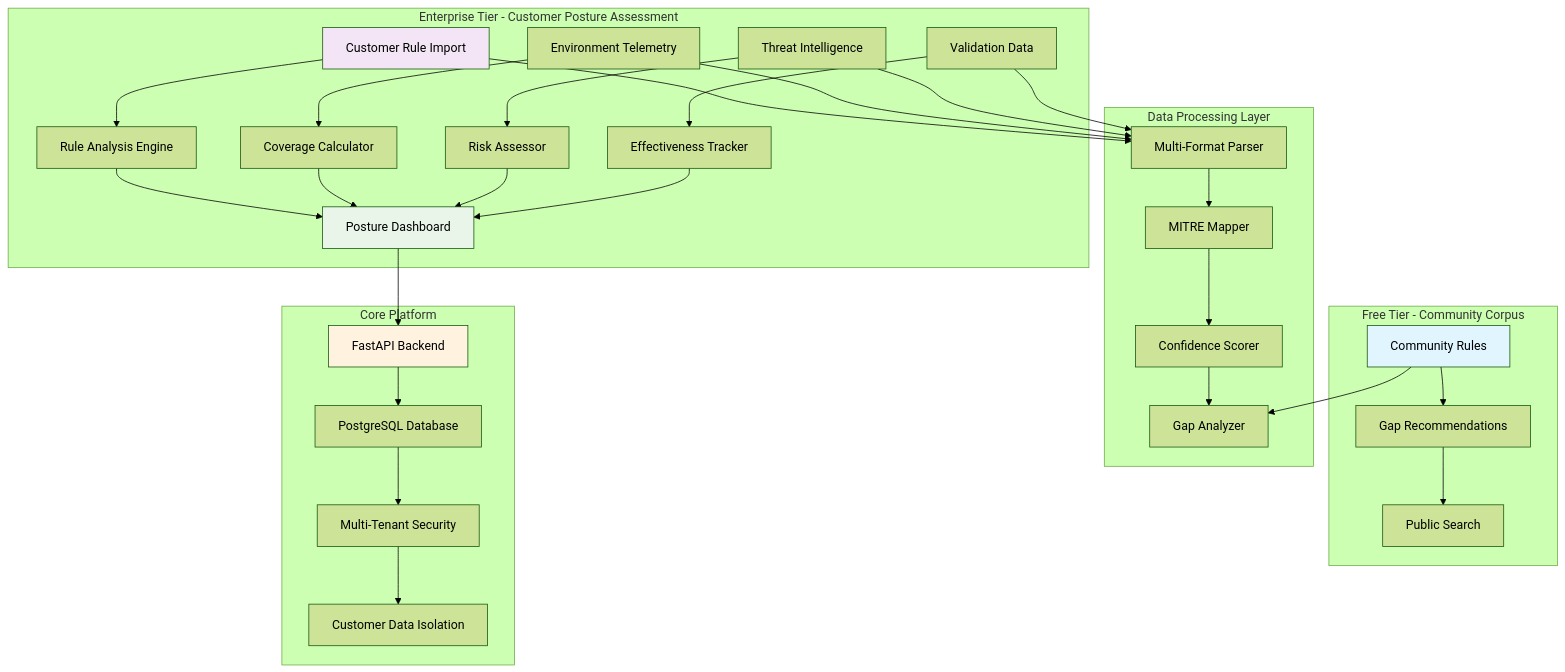
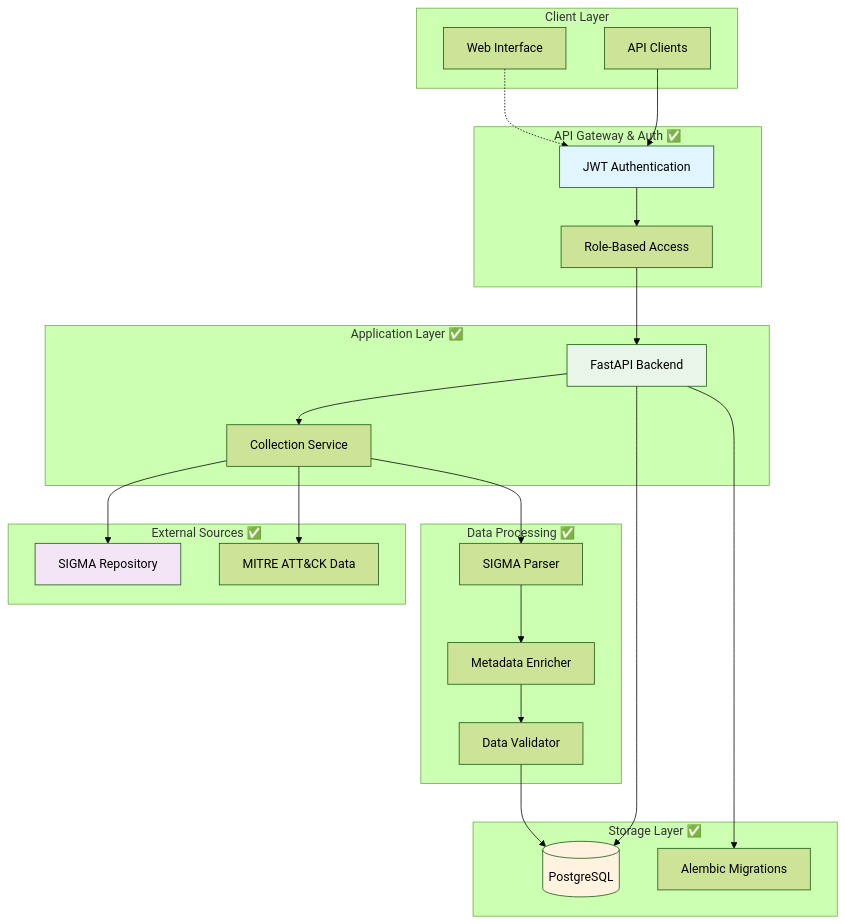
The first of 2 diagrams in README.md (phutelmyer/countermeasure), drawn with Mermaid (forest theme) before and after one commit. The commit also changed other lines of this file and 1 other file, not shown here.

Commit message:
Updating some diagrams

````diff
--- a/README.md
+++ b/README.md
@@ -23,42 +25,55 @@
 ```mermaid
 graph TB
-    subgraph "Free Tier - Community Corpus"
-        A[Community Rules] --> B[Gap Recommendations]
-        B --> C[Public Search]
+    subgraph "Client Layer"
+        UI[Web Interface]
+        API_CLIENTS[API Clients]
     end
 
-    subgraph "Enterprise Tier - Customer Posture Assessment"
-        D[Customer Rule Import] --> E[Rule Analysis Engine]
-        F[Environment Telemetry] --> G[Coverage Calculator]
-        H[Threat Intelligence] --> I[Risk Assessor]
-        J[Validation Data] --> K[Effectiveness Tracker]
-        E --> L[Posture Dashboard]
-        G --> L
-        I --> L
-        K --> L
+    subgraph "API Gateway & Auth ✅"
+        AUTH[JWT Authentication]
+        RBAC[Role-Based Access]
     end
 
-    subgraph "Data Processing Layer"
-        M[Multi-Format Parser] --> N[MITRE Mapper]
-        N --> O[Confidence Scorer]
-        O --> P[Gap Analyzer]
+    subgraph "Application Layer ✅"
+        API[FastAPI Backend]
+        COLLECTOR[Collection Service]
     end
 
-    subgraph "Core Platform"
-        Q[FastAPI Backend] --> R[PostgreSQL Database]
-        R --> S[Multi-Tenant Security]
-        S --> T[Customer Data Isolation]
+    subgraph "Data Processing ✅"
+        PARSER[SIGMA Parser]
+        ENRICHER[Metadata Enricher]
+        VALIDATOR[Data Validator]
     end
 
-    D --> M
-    F --> M
-    H --> M
-    J --> M
-    A --> P
-    L --> Q
+    subgraph "Storage Layer ✅"
+        DB[(PostgreSQL)]
+        MIGRATIONS[Alembic Migrations]
+    end
 
-    style A fill:#e1f5fe
-    style D fill:#f3e5f5
-    style L fill:#e8f5e8
-    style Q fill:#fff3e0
+    subgraph "External Sources ✅"
+        SIGMA[SIGMA Repository]
+        MITRE[MITRE ATT&CK Data]
+    end
+
+    UI -.-> AUTH
+    API_CLIENTS --> AUTH
+    AUTH --> RBAC
+    RBAC --> API
+
+    API --> COLLECTOR
+    COLLECTOR --> PARSER
+    PARSER --> ENRICHER
+    ENRICHER --> VALIDATOR
+    VALIDATOR --> DB
+
+    API --> DB
+    API --> MIGRATIONS
+
+    COLLECTOR --> SIGMA
+    COLLECTOR --> MITRE
+
+    style API fill:#e8f5e8
+    style DB fill:#fff3e0
+    style AUTH fill:#e1f5fe
+    style SIGMA fill:#f3e5f5
 ```
````
